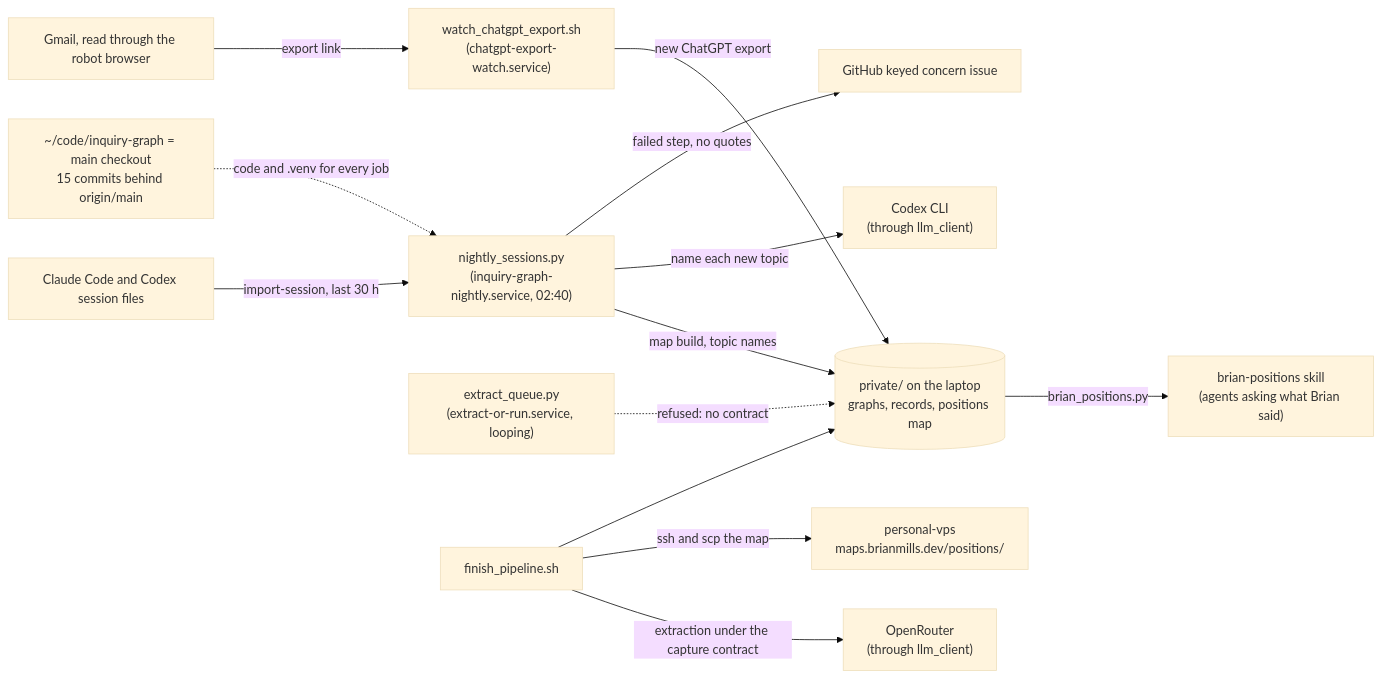
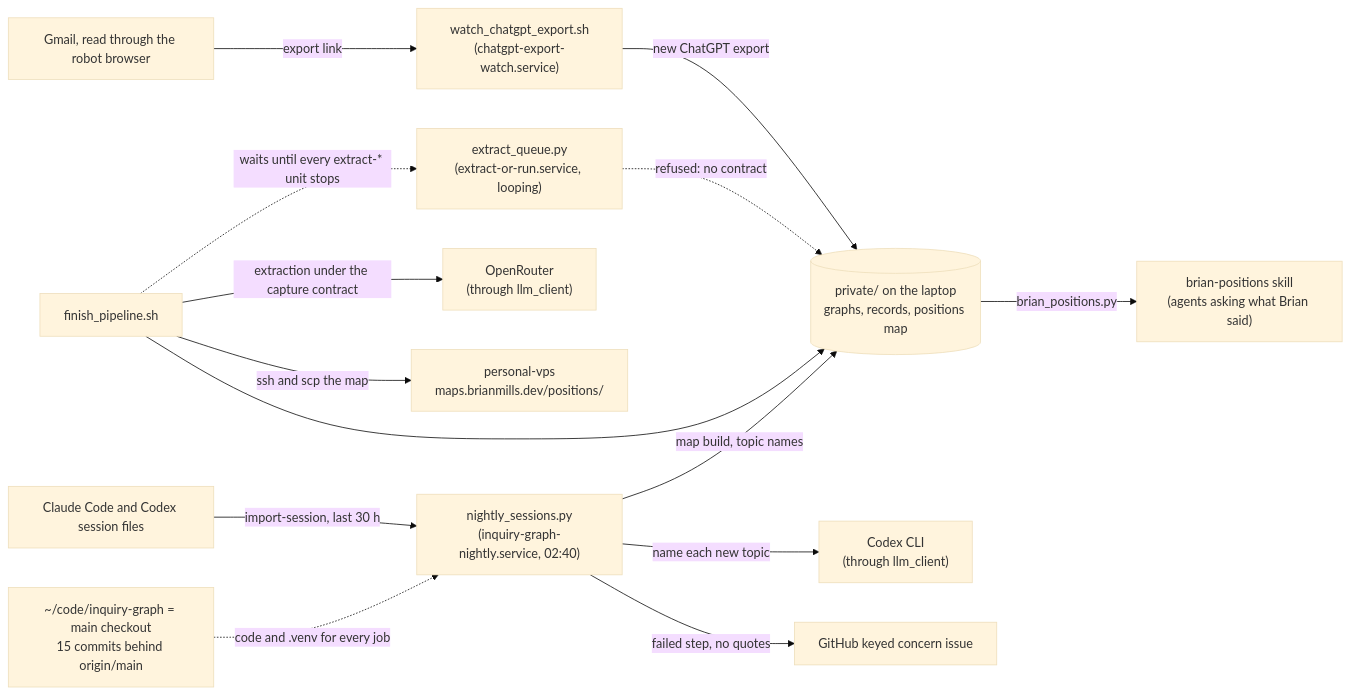
The diagram in docs/planning/system-model.md (BrianMills2718/inquiry-graph), drawn with Mermaid (base theme) before and after one commit. The commit also changed 4 other files, not shown here.

First line of the commit message:
planning package: cold review 2 fixes (live checkout uv.lock blocks ff, finish line 15 alone, waits-for edge)

````diff
--- a/docs/planning/system-model.md
+++ b/docs/planning/system-model.md
@@ -58,15 +58,16 @@
 ```mermaid
 flowchart LR
   sessions["Claude Code and Codex session files"] -->|import-session, last 30 h| nightly["nightly_sessions.py<br/>(inquiry-graph-nightly.service, 02:40)"]
   gmail["Gmail, read through the robot browser"] -->|export link| watcher["watch_chatgpt_export.sh<br/>(chatgpt-export-watch.service)"]
   watcher -->|new ChatGPT export| priv[("private/ on the laptop<br/>graphs, records, positions map")]
   nightly -->|map build, topic names| priv
   nightly -->|name each new topic| codex["Codex CLI<br/>(through llm_client)"]
   queue["extract_queue.py<br/>(extract-or-run.service, looping)"] -.->|refused: no contract| priv
+  finish -.->|waits until every extract-* unit stops| queue
   finish["finish_pipeline.sh"] -->|extraction under the capture contract| openrouter["OpenRouter<br/>(through llm_client)"]
   finish -->|ssh and scp the map| vps["personal-vps<br/>maps.brianmills.dev/positions/"]
   finish --> priv
   nightly -->|failed step, no quotes| gh["GitHub keyed concern issue"]
   priv -->|brian_positions.py| skill["brian-positions skill<br/>(agents asking what Brian said)"]
   checkout["~/code/inquiry-graph = main checkout<br/>15 commits behind origin/main"] -.->|code and .venv for every job| nightly
 ```
````
